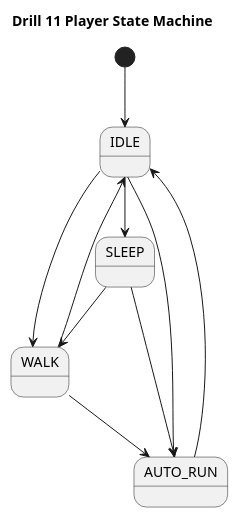
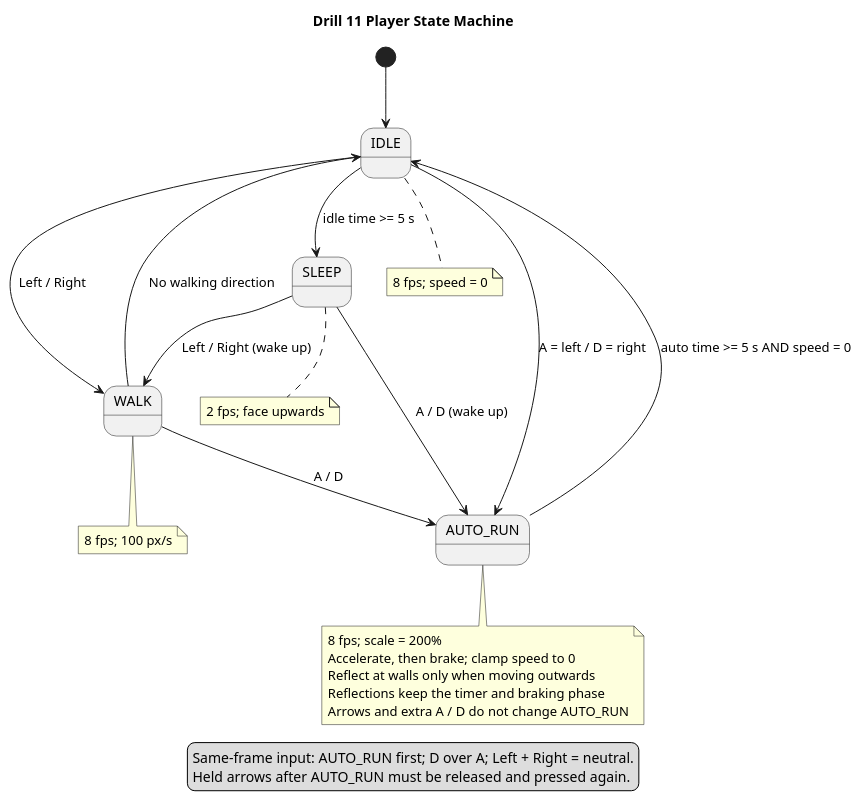
Before and after one commit to rachimel/2DGP-DRILL-11: the diagram in state_diagram.puml, drawn with PlantUML. The commit also changed 2 other files, not shown here.

```diff
--- a/state_diagram.puml
+++ b/state_diagram.puml
@@ -1,12 +1,32 @@
 @startuml
 title Drill 11 Player State Machine
 [*] --> IDLE
-IDLE --> WALK
-WALK --> IDLE
-IDLE --> SLEEP
-SLEEP --> WALK
-IDLE --> AUTO_RUN
-WALK --> AUTO_RUN
-SLEEP --> AUTO_RUN
-AUTO_RUN --> IDLE
+IDLE --> WALK : Left / Right
+WALK --> IDLE : No walking direction
+IDLE --> SLEEP : idle time >= 5 s
+SLEEP --> WALK : Left / Right (wake up)
+IDLE --> AUTO_RUN : A = left / D = right
+WALK --> AUTO_RUN : A / D
+SLEEP --> AUTO_RUN : A / D (wake up)
+AUTO_RUN --> IDLE : auto time >= 5 s AND speed = 0
+note bottom of IDLE
+  8 fps; speed = 0
+end note
+note bottom of WALK
+  8 fps; 100 px/s
+end note
+note bottom of SLEEP
+  2 fps; face upwards
+end note
+note bottom of AUTO_RUN
+  8 fps; scale = 200%
+  Accelerate, then brake; clamp speed to 0
+  Reflect at walls only when moving outwards
+  Reflections keep the timer and braking phase
+  Arrows and extra A / D do not change AUTO_RUN
+end note
+legend bottom
+  Same-frame input: AUTO_RUN first; D over A; Left + Right = neutral.
+  Held arrows after AUTO_RUN must be released and pressed again.
+endlegend
 @enduml
```
